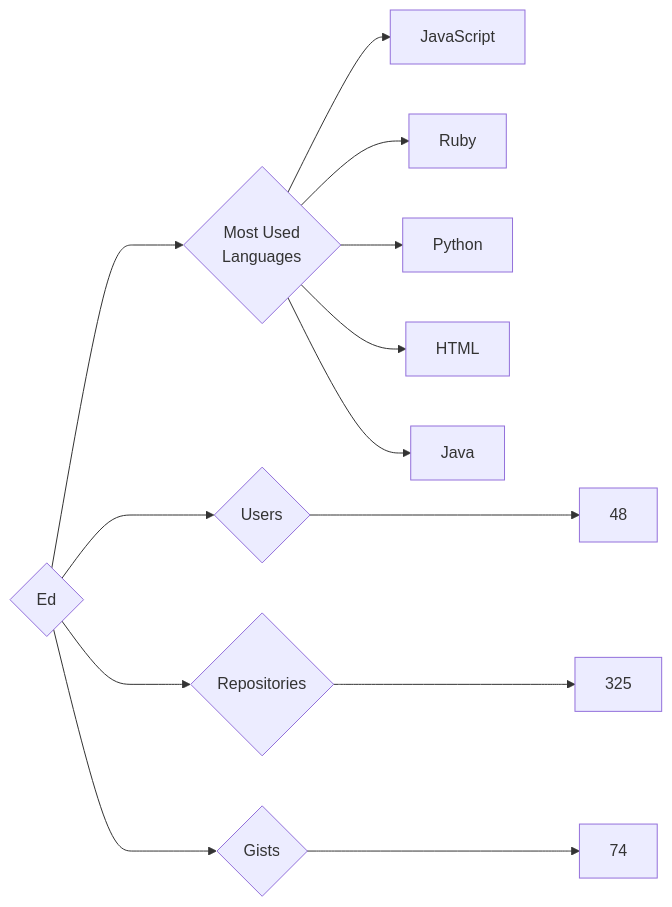
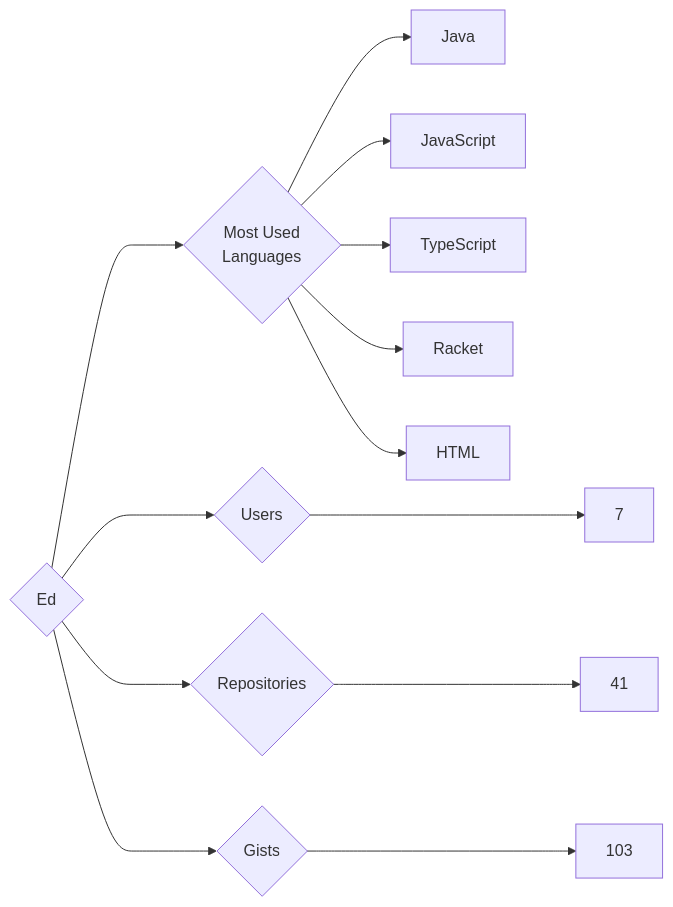
The diagram in targets/Ed/README.md (trickest/insiders), drawn with Mermaid before and after one commit. The commit also changed 826 other files, not shown here.

````diff
--- a/targets/Ed/README.md
+++ b/targets/Ed/README.md
@@ -3,13 +3,13 @@
 ```mermaid
 graph LR
 COMPANY_NAME{Ed}
-COMPANY_NAME ---> U{Users} ---> UN[48]
-COMPANY_NAME ---> R{Repositories} ---> RN[325]
-COMPANY_NAME ---> G{Gists} ---> GN[74]
+COMPANY_NAME ---> U{Users} ---> UN[7]
+COMPANY_NAME ---> R{Repositories} ---> RN[41]
+COMPANY_NAME ---> G{Gists} ---> GN[103]
 COMPANY_NAME ---> ML{Most Used<br>Languages}
+ML --> Java[Java]
 ML --> JavaScript[JavaScript]
-ML --> Ruby[Ruby]
-ML --> Python[Python]
+ML --> TypeScript[TypeScript]
+ML --> Racket[Racket]
 ML --> HTML[HTML]
-ML --> Java[Java]
 ```
````
